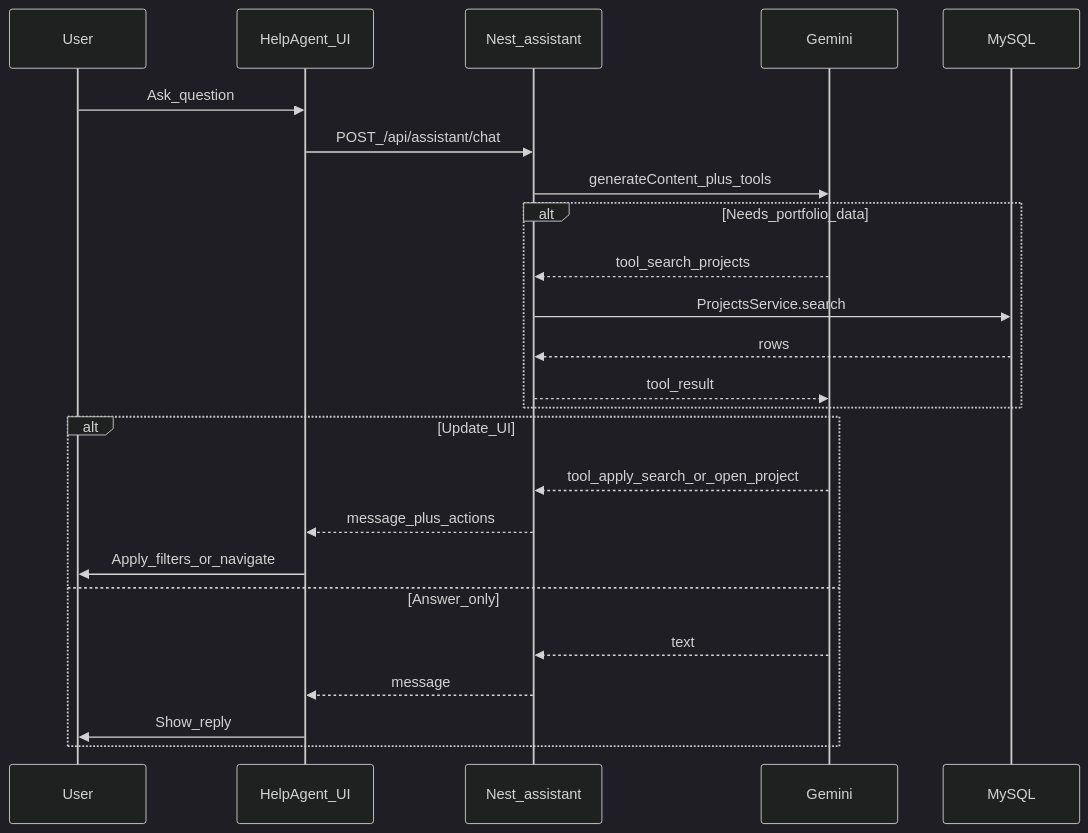
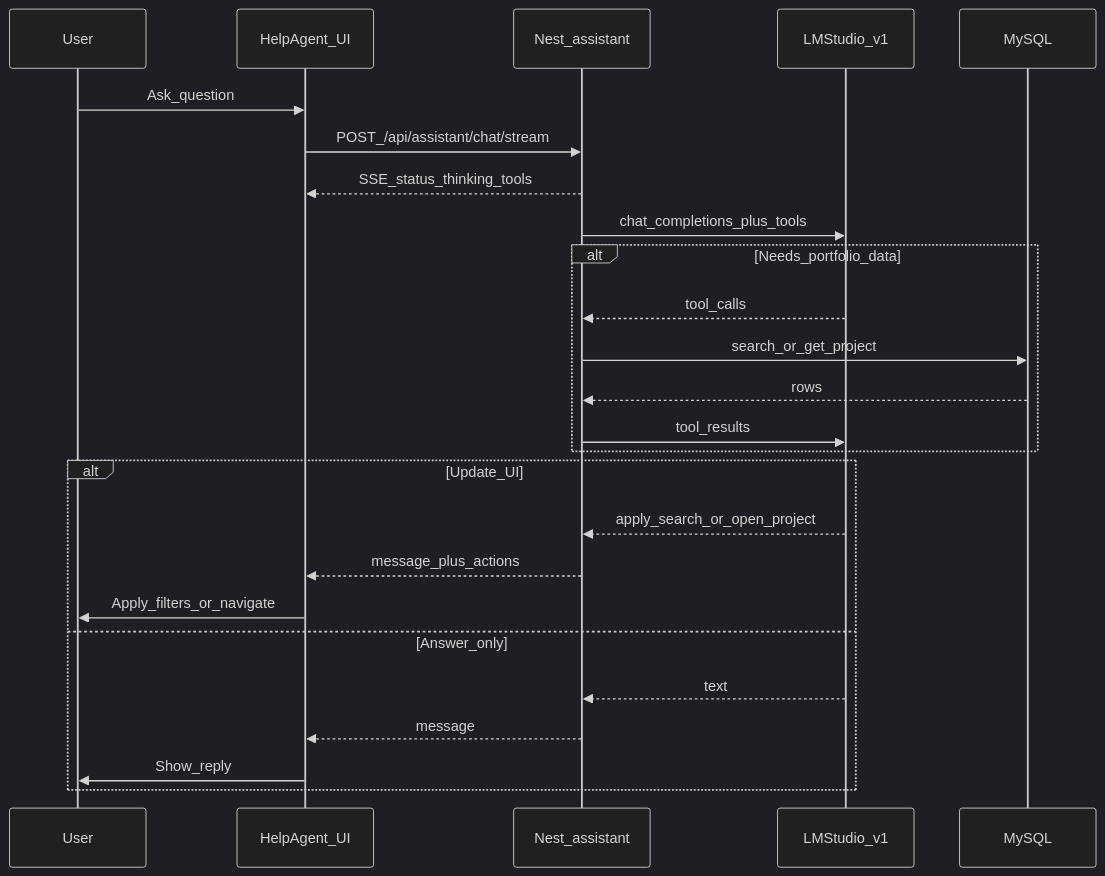
The fourth of 8 diagrams in README.md (samuel0h177/tech-portfolio), drawn with Mermaid (dark theme) before and after one commit. The commit also changed other lines of this file and 10 other files, not shown here.

````diff
--- a/README.md
+++ b/README.md
@@ -132,27 +159,28 @@
 ```mermaid
 sequenceDiagram
   participant User
   participant Web as HelpAgent_UI
   participant API as Nest_assistant
-  participant Gemini
+  participant LMS as LMStudio_v1
   participant DB as MySQL
 
   User->>Web: Ask_question
-  Web->>API: POST_/api/assistant/chat
-  API->>Gemini: generateContent_plus_tools
+  Web->>API: POST_/api/assistant/chat/stream
+  API-->>Web: SSE_status_thinking_tools
+  API->>LMS: chat_completions_plus_tools
   alt Needs_portfolio_data
-    Gemini-->>API: tool_search_projects
-    API->>DB: ProjectsService.search
+    LMS-->>API: tool_calls
+    API->>DB: search_or_get_project
     DB-->>API: rows
-    API-->>Gemini: tool_result
+    API->>LMS: tool_results
   end
   alt Update_UI
-    Gemini-->>API: tool_apply_search_or_open_project
+    LMS-->>API: apply_search_or_open_project
     API-->>Web: message_plus_actions
     Web->>User: Apply_filters_or_navigate
   else Answer_only
-    Gemini-->>API: text
+    LMS-->>API: text
     API-->>Web: message
     Web->>User: Show_reply
   end
 ```
````
